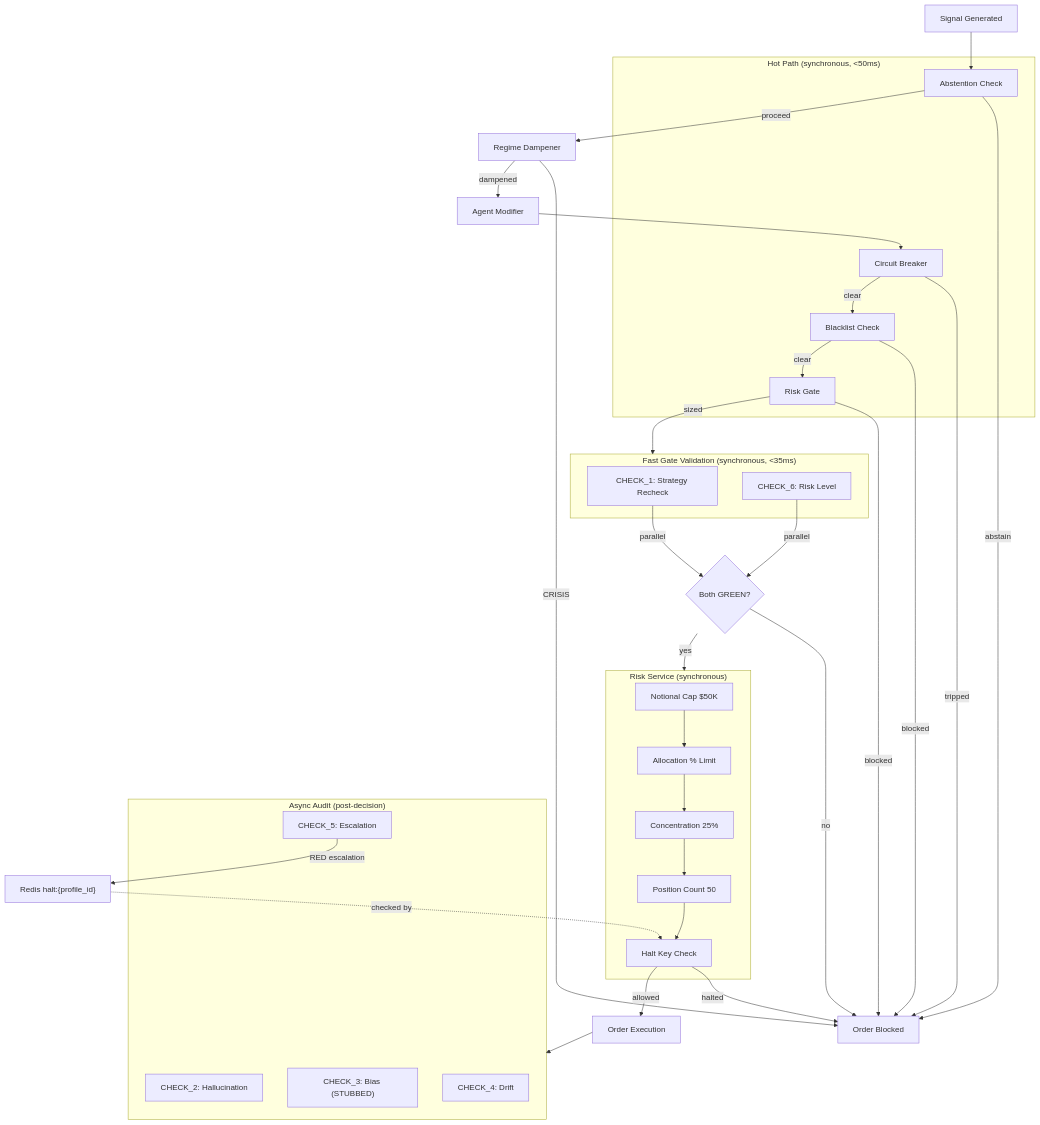
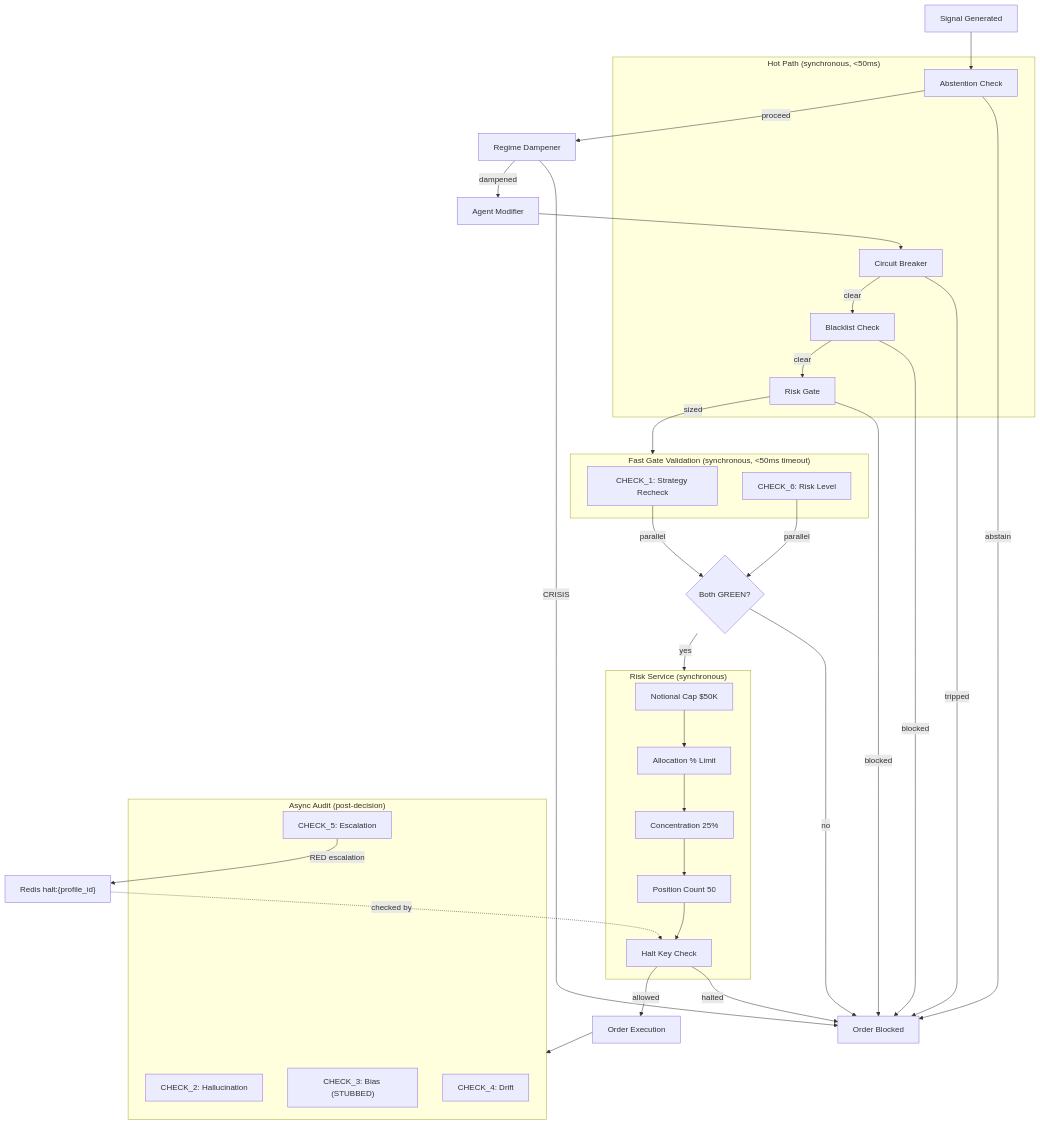
Before and after one commit to stephenmt25/agentic-trading-platform: the first of 3 diagrams in docs/risk-management.md, drawn with Mermaid. The commit also changed other lines of this file and 18 other files, not shown here.

````diff
--- a/docs/risk-management.md
+++ b/docs/risk-management.md
@@ -28,51 +28,51 @@
 ```mermaid
 flowchart TD
     Signal["Signal Generated"]
     subgraph HotPath["Hot Path (synchronous, &lt;50ms)"]
         Blacklist["Blacklist Check"]
         Abstention["Abstention Check"]
         CB["Circuit Breaker"]
         RG["Risk Gate"]
     end
-    subgraph FastGate["Fast Gate Validation (synchronous, &lt;35ms)"]
+    subgraph FastGate["Fast Gate Validation (synchronous, &lt;50ms timeout)"]
         C1["CHECK_1: Strategy Recheck"]
         C6["CHECK_6: Risk Level"]
     end
     subgraph RiskSvc["Risk Service (synchronous)"]
         RS1["Notional Cap $50K"]
         RS2["Allocation % Limit"]
         RS3["Concentration 25%"]
         RS4["Position Count 50"]
         RS5["Halt Key Check"]
     end
     subgraph AsyncAudit["Async Audit (post-decision)"]
         C2["CHECK_2: Hallucination"]
         C3["CHECK_3: Bias (STUBBED)"]
         C4["CHECK_4: Drift"]
         C5["CHECK_5: Escalation"]
     end
     Exec["Order Execution"]
     Block["Order Blocked"]
 
     Signal --> Abstention
     Abstention -->|abstain| Block
     Abstention -->|proceed| RegimeDamp["Regime Dampener"]
     RegimeDamp -->|CRISIS| Block
     RegimeDamp -->|dampened| AgentMod["Agent Modifier"]
     AgentMod --> CB
     CB -->|tripped| Block
     CB -->|clear| Blacklist
     Blacklist -->|blocked| Block
     Blacklist -->|clear| RG
     RG -->|blocked| Block
     RG -->|sized| FastGate
     C1 & C6 -->|parallel| FastGateResult{"Both GREEN?"}
     FastGateResult -->|no| Block
     FastGateResult -->|yes| RiskSvc
     RS1 --> RS2 --> RS3 --> RS4 --> RS5
     RS5 -->|halted| Block
     RS5 -->|allowed| Exec
     Exec --> AsyncAudit
     C5 -->|RED escalation| HaltRedis["Redis halt:{profile_id}"]
     HaltRedis -.->|checked by| RS5
 ```
````
